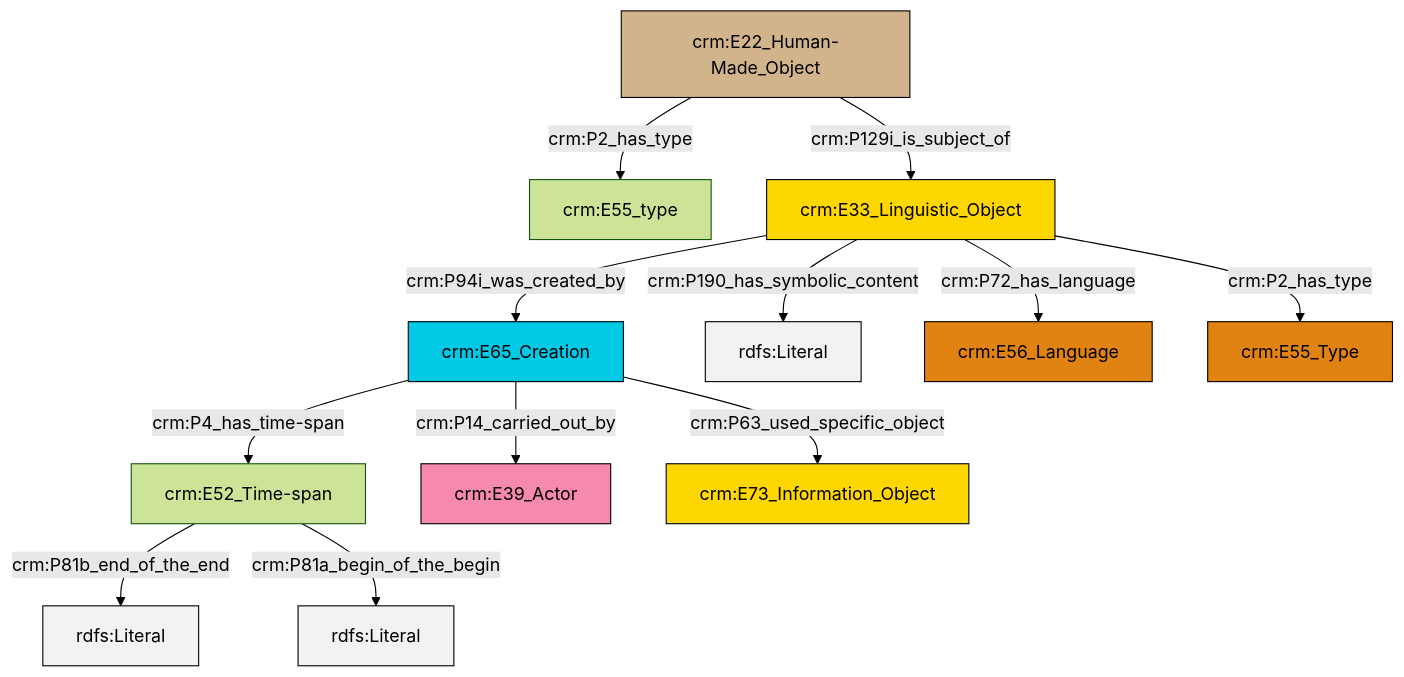
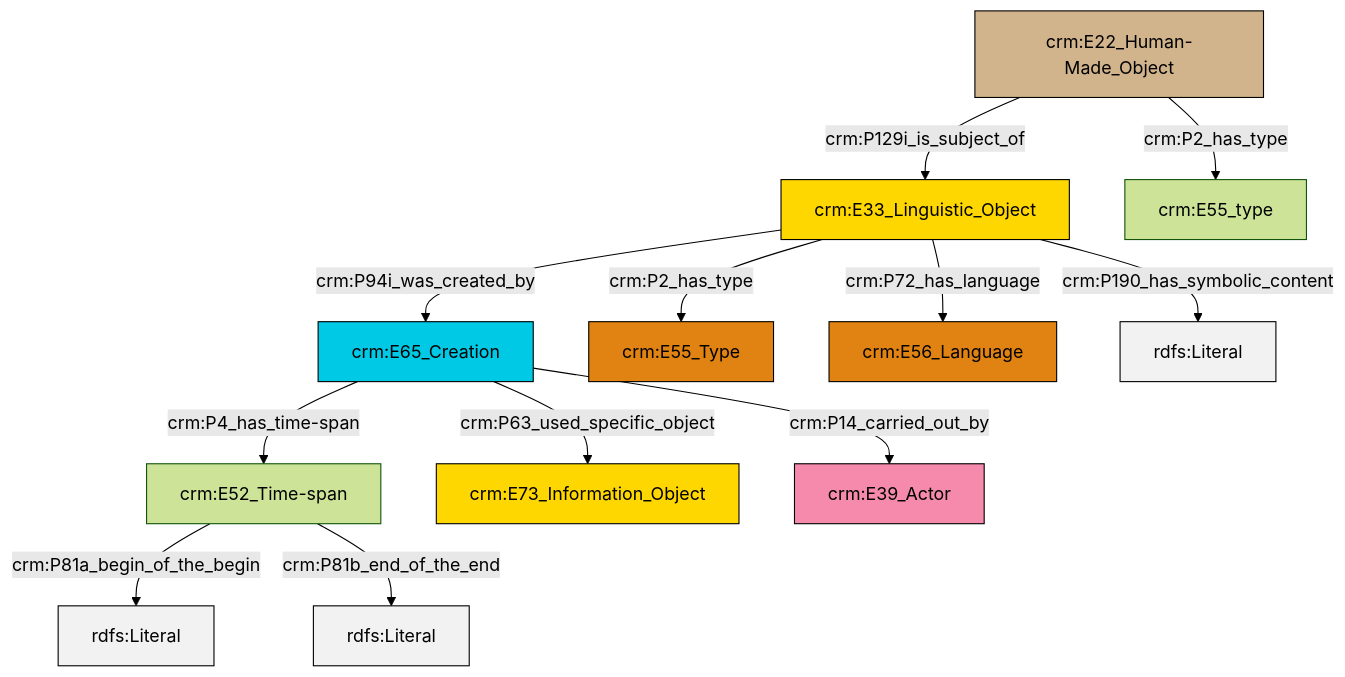
The diagram in et/artworkCSV/ttl/mmd/Artwork_Description.ttl.mmd (swiss-art-research-net/reference-data-models), drawn with Mermaid (forest theme) before and after one commit. The commit also changed 125 other files, not shown here.

```diff
--- a/et/artworkCSV/ttl/mmd/Artwork_Description.ttl.mmd
+++ b/et/artworkCSV/ttl/mmd/Artwork_Description.ttl.mmd
@@ -1,26 +1,26 @@
 graph TD
 classDef Literal fill:#f2f2f2,stroke:#000000;
 classDef CRM_Entity fill:#FFFFFF,stroke:#000000;
 classDef Temporal_Entity fill:#00C9E6, stroke:#000000;
 classDef Type fill:#E18312, stroke:#000000;
 classDef Time-Span fill:#2C9C91, stroke:#000000;
 classDef Appellation fill:#FFEB7F, stroke:#000000;
 classDef Place fill:#008836, stroke:#000000;
 classDef Persistent_Item fill:#B266B2, stroke:#000000;
 classDef Conceptual_Object fill:#FFD700, stroke:#000000;
 classDef Physical_Thing fill:#D2B48C, stroke:#000000;
 classDef Actor fill:#f58aad, stroke:#000000;
 classDef PC_Classes fill:#4ce600, stroke:#000000;
 classDef Multi fill:#cccccc,stroke:#000000;
 
-0["crm:E22_Human-Made_Object"]:::Physical_Thing -->|crm:P2_has_type| 1["crm:E55_type"]:::Default
-5["crm:E65_Creation"]:::Temporal_Entity -->|crm:P14_carried_out_by| 6["crm:E39_Actor"]:::Actor
-5["crm:E65_Creation"]:::Temporal_Entity -->|crm:P4_has_time-span| 2["crm:E52_Time-span"]:::Default
-7["crm:E33_Linguistic_Object"]:::Conceptual_Object -->|crm:P190_has_symbolic_content| 8[rdfs:Literal]:::Literal
-7["crm:E33_Linguistic_Object"]:::Conceptual_Object -->|crm:P72_has_language| 9["crm:E56_Language"]:::Type
-7["crm:E33_Linguistic_Object"]:::Conceptual_Object -->|crm:P2_has_type| 11["crm:E55_Type"]:::Type
-5["crm:E65_Creation"]:::Temporal_Entity -->|crm:P63_used_specific_object| 13["crm:E73_Information_Object"]:::Conceptual_Object
-2["crm:E52_Time-span"]:::Default -->|crm:P81b_end_of_the_end| 14[rdfs:Literal]:::Literal
-2["crm:E52_Time-span"]:::Default -->|crm:P81a_begin_of_the_begin| 15[rdfs:Literal]:::Literal
-0["crm:E22_Human-Made_Object"]:::Physical_Thing -->|crm:P129i_is_subject_of| 7["crm:E33_Linguistic_Object"]:::Conceptual_Object
-7["crm:E33_Linguistic_Object"]:::Conceptual_Object -->|crm:P94i_was_created_by| 5["crm:E65_Creation"]:::Temporal_Entity
+0["crm:E22_Human-Made_Object"]:::Physical_Thing -->|crm:P129i_is_subject_of| 1["crm:E33_Linguistic_Object"]:::Conceptual_Object
+0["crm:E22_Human-Made_Object"]:::Physical_Thing -->|crm:P2_has_type| 2["crm:E55_type"]:::Default
+3["crm:E65_Creation"]:::Temporal_Entity -->|crm:P4_has_time-span| 4["crm:E52_Time-span"]:::Default
+1["crm:E33_Linguistic_Object"]:::Conceptual_Object -->|crm:P2_has_type| 5["crm:E55_Type"]:::Type
+3["crm:E65_Creation"]:::Temporal_Entity -->|crm:P63_used_specific_object| 7["crm:E73_Information_Object"]:::Conceptual_Object
+1["crm:E33_Linguistic_Object"]:::Conceptual_Object -->|crm:P94i_was_created_by| 3["crm:E65_Creation"]:::Temporal_Entity
+4["crm:E52_Time-span"]:::Default -->|crm:P81a_begin_of_the_begin| 8[rdfs:Literal]:::Literal
+1["crm:E33_Linguistic_Object"]:::Conceptual_Object -->|crm:P72_has_language| 10["crm:E56_Language"]:::Type
+1["crm:E33_Linguistic_Object"]:::Conceptual_Object -->|crm:P190_has_symbolic_content| 12[rdfs:Literal]:::Literal
+3["crm:E65_Creation"]:::Temporal_Entity -->|crm:P14_carried_out_by| 14["crm:E39_Actor"]:::Actor
+4["crm:E52_Time-span"]:::Default -->|crm:P81b_end_of_the_end| 19[rdfs:Literal]:::Literal
```
